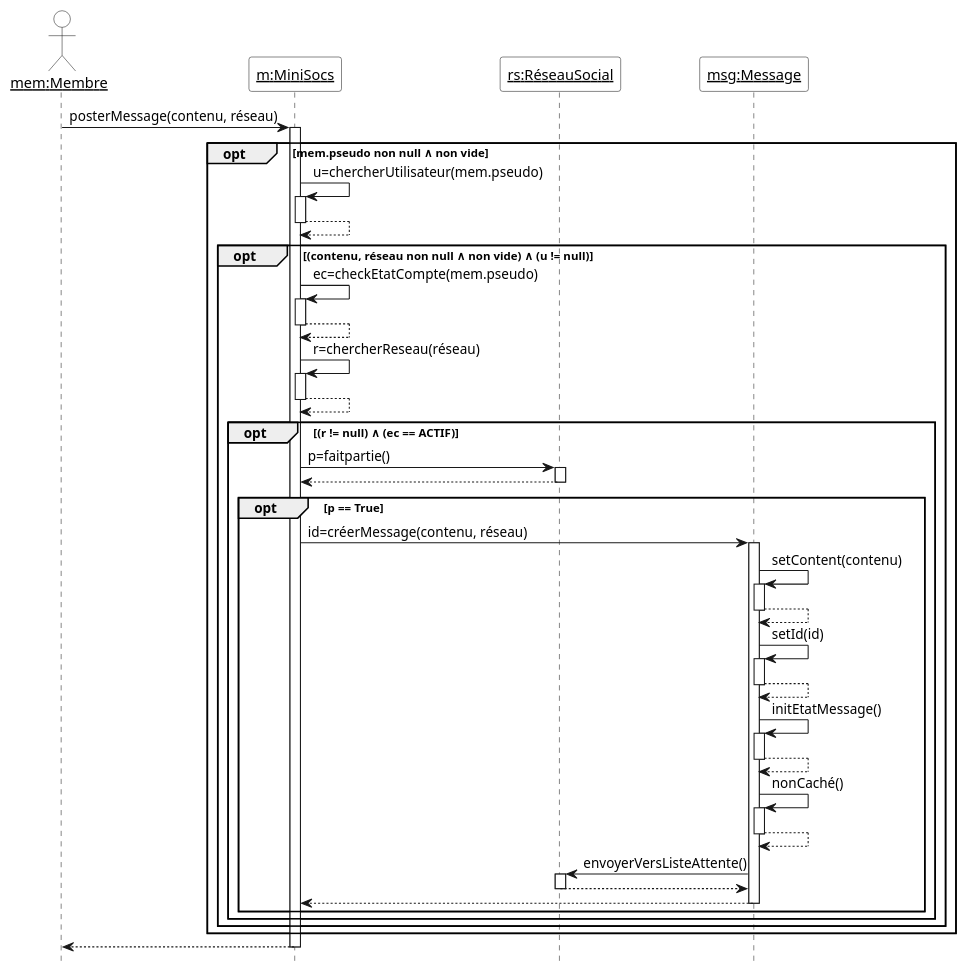
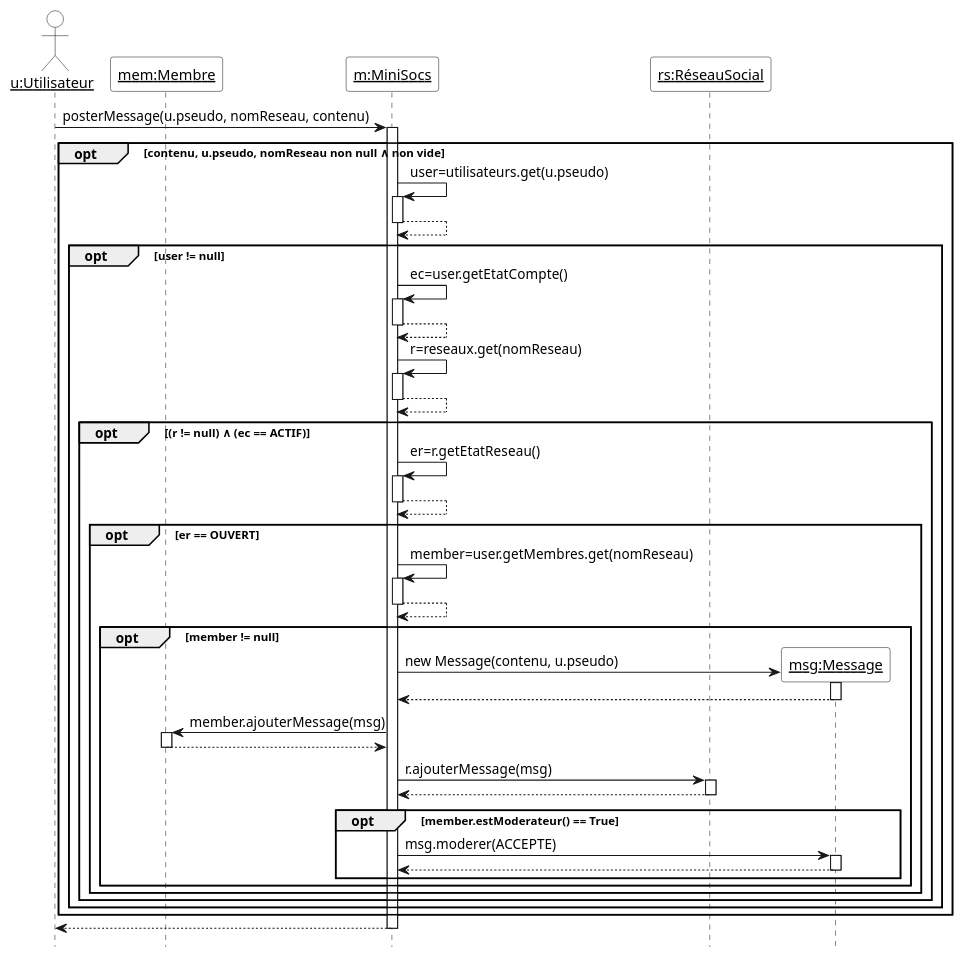
One commit to ThELud0/Minisocs changed the diagram in Diagrammes/minisocs_uml_diag_seq_poster_message.pu. Above: the diagram before and after it, drawn with PlantUML. The commit also changed 13 other files, not shown here.

Commit message:
correction posterMessage() et diagramme sequence posterMessage() et coherence des autres diagrammes

```diff
--- a/Diagrammes/minisocs_uml_diag_seq_poster_message.pu
+++ b/Diagrammes/minisocs_uml_diag_seq_poster_message.pu
@@ -1,54 +1,58 @@
 @startuml
 
 'Diagramme de séquence (PlantUML)'
 
 'Configuration charte graphique'
 hide footbox
 skinparam sequenceParticipantBackgroundColor White
 skinparam sequenceActorBackgroundColor White
 
 'Déclaration des acteurs et des participants (déjà existants avant la séquence)'
 
-actor "__mem:Membre__" as mem
+actor "__u:Utilisateur__" as u
+participant "__mem:Membre__" as mem
 participant "__m:MiniSocs__" as m
 participant "__rs:RéseauSocial__" as rs
-participant "__msg:Message__" as msg
 
 'Séquence avec les messages, les créations de participants, etc.'
 
-mem -> m ++ : posterMessage(contenu, réseau)
-opt mem.pseudo non null ∧ non vide
-m -> m ++ : u=chercherUtilisateur(mem.pseudo)
+u -> m ++ : posterMessage(u.pseudo, nomReseau, contenu)
+opt contenu, u.pseudo, nomReseau non null ∧ non vide
+m -> m ++ : user=utilisateurs.get(u.pseudo)
 return
-opt (contenu, réseau non null ∧ non vide) ∧ (u != null)
-m -> m ++ : ec=checkEtatCompte(mem.pseudo)
+opt user != null
+m -> m ++ : ec=user.getEtatCompte()
 return
-m -> m ++ : r=chercherReseau(réseau)
+m -> m ++ : r=reseaux.get(nomReseau)
 return
 opt (r != null) ∧ (ec == ACTIF)
-m -> rs ++ : p=faitpartie()
+m -> m ++ : er=r.getEtatReseau()
 return
-opt p == True
-m -> msg ++ : id=créerMessage(contenu, réseau)
-msg -> msg ++ : setContent(contenu)
+opt er == OUVERT
+m -> m ++ : member=user.getMembres.get(nomReseau)
 return
-msg -> msg ++ : setId(id)
+opt member != null
+create "__msg:Message__" as msg
+m -> msg ++ : new Message(contenu, u.pseudo)
 return
-msg -> msg ++ : initEtatMessage()
+m -> mem ++ : member.ajouterMessage(msg)
 return
-msg -> msg ++ : nonCaché()
+m -> rs ++ : r.ajouterMessage(msg)
 return
-msg -> rs ++ : envoyerVersListeAttente()
+opt member.estModerateur() == True
+m -> msg ++ : msg.moderer(ACCEPTE)
 return
-return
+end
+
+end
 end
 end
 end
 end
 return
 
 
 
 
 
 @enduml
```
